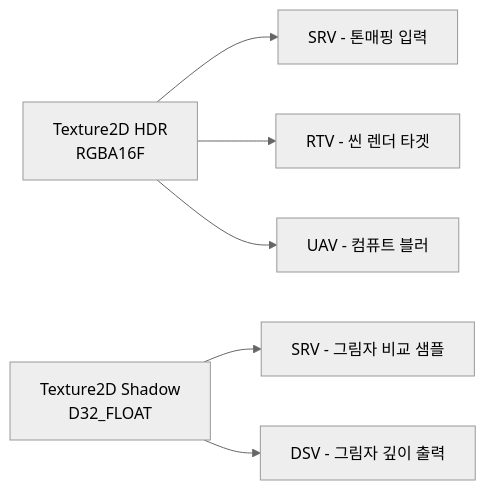
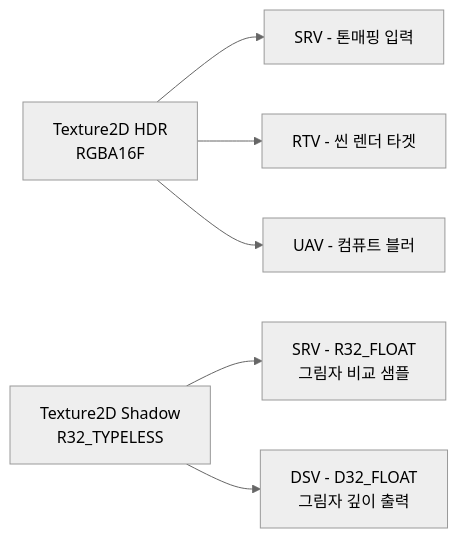
The diagram in graphics/stage2_dx_fund_02_resource.md (Rein-ArXiv/game-dev-curriculum), drawn with Mermaid (neutral theme) before and after one commit. The commit also changed other lines of this file and 279 other files, not shown here.

````diff
--- a/graphics/stage2_dx_fund_02_resource.md
+++ b/graphics/stage2_dx_fund_02_resource.md
@@ -302,8 +303,8 @@
 ```mermaid
 flowchart LR
     R1[Texture2D HDR<br/>RGBA16F] --> SRV1[SRV - 톤매핑 입력]
     R1 --> RTV1[RTV - 씬 렌더 타겟]
     R1 --> UAV1[UAV - 컴퓨트 블러]
-    R2[Texture2D Shadow<br/>D32_FLOAT] --> SRV2[SRV - 그림자 비교 샘플]
-    R2 --> DSV1[DSV - 그림자 깊이 출력]
+    R2[Texture2D Shadow<br/>R32_TYPELESS] --> SRV2[SRV - R32_FLOAT<br/>그림자 비교 샘플]
+    R2 --> DSV1[DSV - D32_FLOAT<br/>그림자 깊이 출력]
 ```
````
